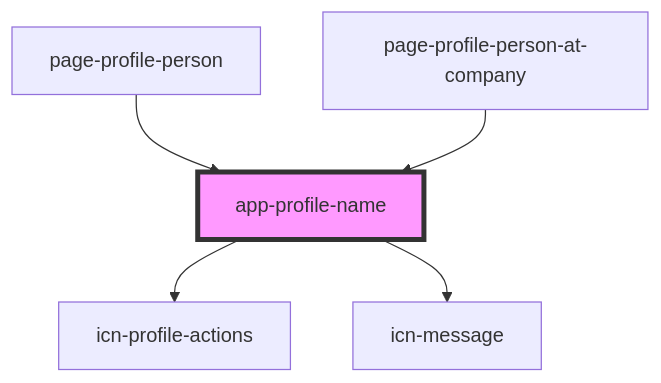
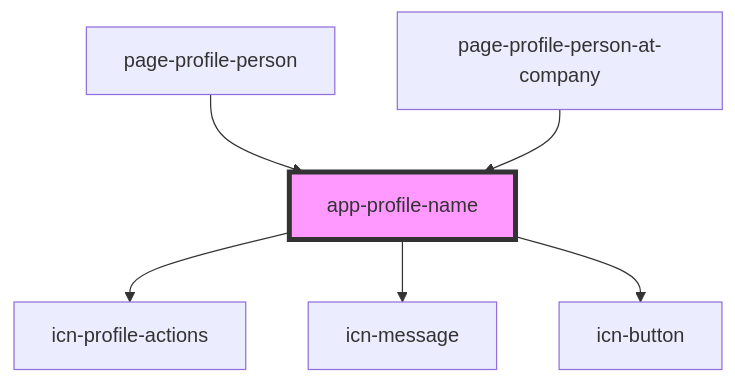
The diagram in iconeventnetwork-web/src/components/app-profile-name/readme.md (lokheed/IconEventNetwork.Web), drawn with Mermaid before and after one commit. The commit also changed other lines of this file and 61 other files, not shown here.

First line of the commit message:
Created icn-button component

````diff
--- a/iconeventnetwork-web/src/components/app-profile-name/readme.md
+++ b/iconeventnetwork-web/src/components/app-profile-name/readme.md
@@ -29,8 +30,9 @@
 ```mermaid
 graph TD;
   app-profile-name --> icn-profile-actions
   app-profile-name --> icn-message
+  app-profile-name --> icn-button
   page-profile-person --> app-profile-name
   page-profile-person-at-company --> app-profile-name
   style app-profile-name fill:#f9f,stroke:#333,stroke-width:4px
 ```
````
